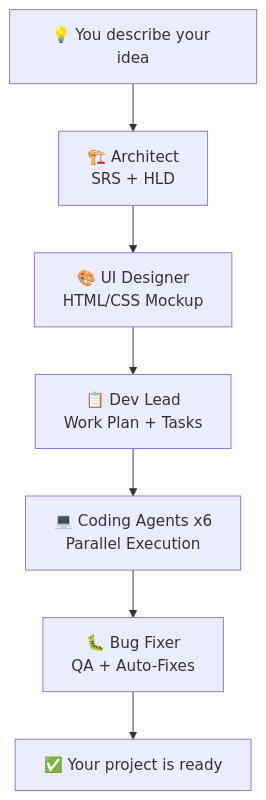
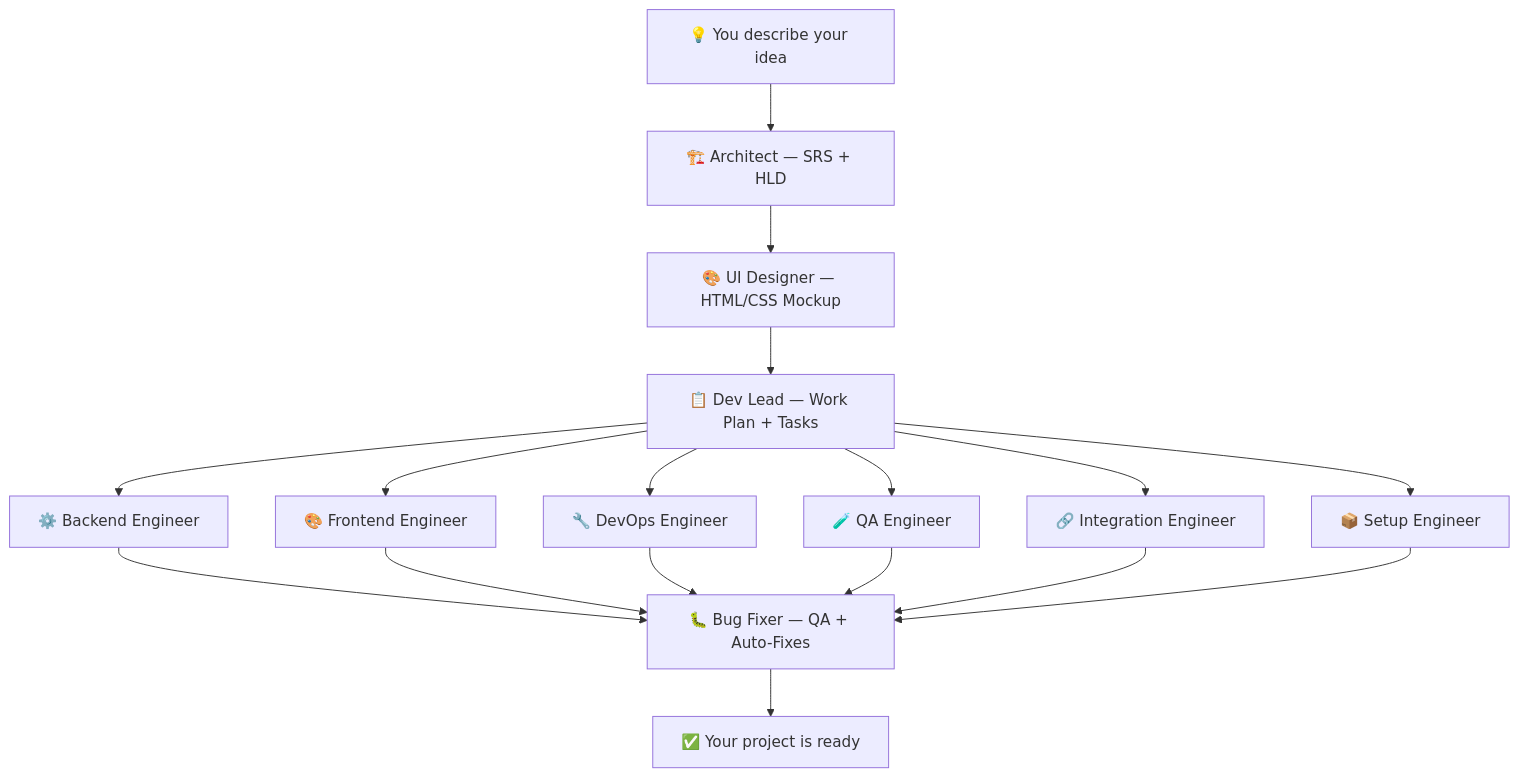
One commit to OneManCrew/OneManCrewDevAI changed the diagram in README.md. Above: the diagram before and after it, drawn with Mermaid.

Commit message:
Add 6 specialist coding agents to Mermaid flowchart diagram

````diff
--- a/README.md
+++ b/README.md
@@ -40,9 +40,19 @@
 ```mermaid
 flowchart TD
-    A[💡 You describe your idea] --> B[🏗️ Architect\nSRS + HLD]
-    B --> C[🎨 UI Designer\nHTML/CSS Mockup]
-    C --> D[📋 Dev Lead\nWork Plan + Tasks]
-    D --> E[💻 Coding Agents x6\nParallel Execution]
-    E --> F[🐛 Bug Fixer\nQA + Auto-Fixes]
-    F --> G[✅ Your project is ready]
+    A["💡 You describe your idea"] --> B["🏗️ Architect — SRS + HLD"]
+    B --> C["🎨 UI Designer — HTML/CSS Mockup"]
+    C --> D["📋 Dev Lead — Work Plan + Tasks"]
+    D --> E1["⚙️ Backend Engineer"]
+    D --> E2["🎨 Frontend Engineer"]
+    D --> E3["🔧 DevOps Engineer"]
+    D --> E4["🧪 QA Engineer"]
+    D --> E5["🔗 Integration Engineer"]
+    D --> E6["📦 Setup Engineer"]
+    E1 --> F["🐛 Bug Fixer — QA + Auto-Fixes"]
+    E2 --> F
+    E3 --> F
+    E4 --> F
+    E5 --> F
+    E6 --> F
+    F --> G["✅ Your project is ready"]
 ```
````
